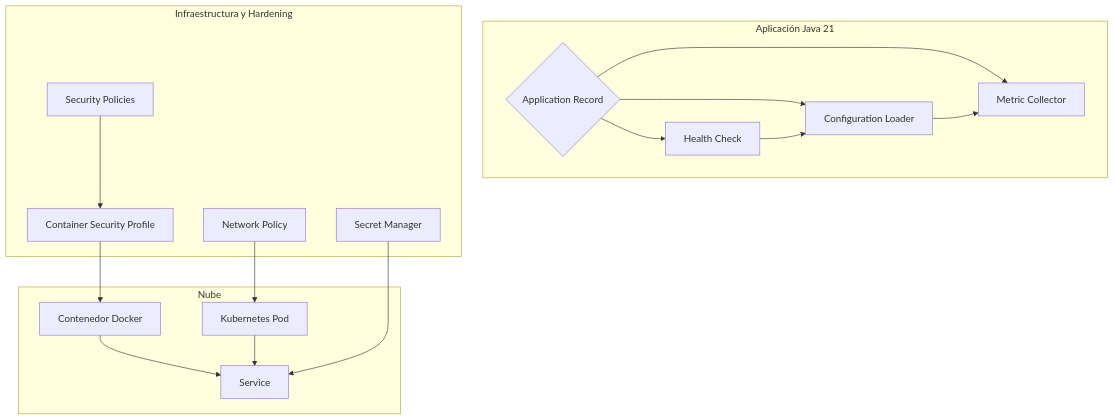
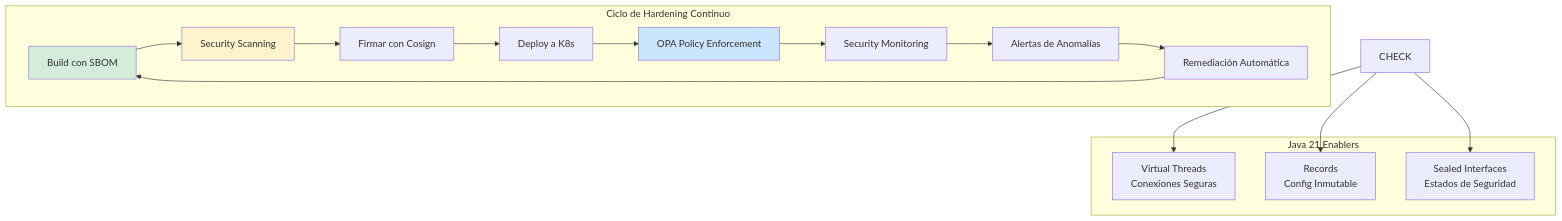
Before and after one commit to Joaquinriosheredia/DAM-Java-Mastery: the first of 3 diagrams in _Review/hardening_de_contenedores_docker_y_kubernetes/hardening_de_contenedores_docker_y_kubernetes.md, drawn with Mermaid. The commit also changed other lines of this file, not shown here.

Commit message:
hardening_de_contenedores_docker_y_kubernetes.md

````diff
--- a/_Review/hardening_de_contenedores_docker_y_kubernetes/hardening_de_contenedores_docker_y_kubernetes.md
+++ b/_Review/hardening_de_contenedores_docker_y_kubernetes/hardening_de_contenedores_docker_y_kubernetes.md
@@ -91,34 +75,27 @@
 ```mermaid
 graph TD
-    subgraph "Nube"
-        DockerContainer[Contenedor Docker]
-        KubernetesPod[Kubernetes Pod]
-        Service[Service]
+    subgraph "Ciclo de Hardening Continuo"
+        BUILD[Build con SBOM] --> SCAN[Security Scanning]
+        SCAN --> SIGN[Firmar con Cosign]
+        SIGN --> DEPLOY[Deploy a K8s]
+        DEPLOY --> POLICY[OPA Policy Enforcement]
+        POLICY --> MONITOR[Security Monitoring]
+        MONITOR --> ALERT[Alertas de Anomalías]
+        ALERT --> REMEDIATE[Remediación Automática]
+        REMEDIATE --> BUILD
     end
-
-    subgraph "Aplicación Java 21"
-        ApplicationRecord{Application Record}
-        HealthCheck[Health Check]
-        ConfigurationLoader[Configuration Loader]
-        MetricsCollector[Metric Collector]
+    
+    subgraph "Java 21 Enablers"
+        VT[Virtual Threads<br/>Conexiones Seguras]
+        REC[Records<br/>Config Inmutable]
+        SEALED[Sealed Interfaces<br/>Estados de Seguridad]
     end
-
-    subgraph "Infraestructura y Hardening"
-        SecurityPolicies[Security Policies]
-        ContainerSecurityProfile[Container Security Profile]
-        NetworkPolicy[Network Policy]
-        SecretManager[Secret Manager]
-    end
-
-    DockerContainer --> Service
-    KubernetesPod --> Service
-    ApplicationRecord --> HealthCheck
-    ApplicationRecord --> ConfigurationLoader
-    ApplicationRecord --> MetricsCollector
-    HealthCheck --> ConfigurationLoader
-    ConfigurationLoader --> MetricsCollector
-    SecurityPolicies --> ContainerSecurityProfile
-    ContainerSecurityProfile --> DockerContainer
-    NetworkPolicy --> KubernetesPod
-    SecretManager --> Service
+    
+    CHECK --> VT
+    CHECK --> REC
+    CHECK --> SEALED
+    
+    style BUILD fill:#d4edda
+    style SCAN fill:#fff3cd
+    style POLICY fill:#cce5ff
 ```
````
